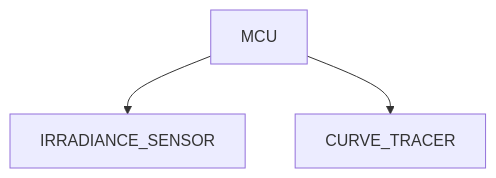
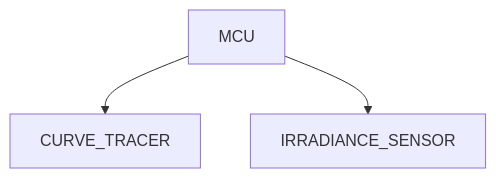
One commit to lhr-solar/Power-Generation-Blackbody changed the first of 3 diagrams in blackbody_b/docs/SYSTEM_DESIGN.md. Above: the diagram before and after it, drawn with Mermaid. The commit also changed other lines of this file and 1 other file, not shown here.

````diff
--- a/blackbody_b/docs/SYSTEM_DESIGN.md
+++ b/blackbody_b/docs/SYSTEM_DESIGN.md
@@ -12,5 +12,5 @@
 ```mermaid
 graph TD;
+    MCU-->CURVE_TRACER
     MCU-->IRRADIANCE_SENSOR
-    MCU-->CURVE_TRACER
 ```
````
